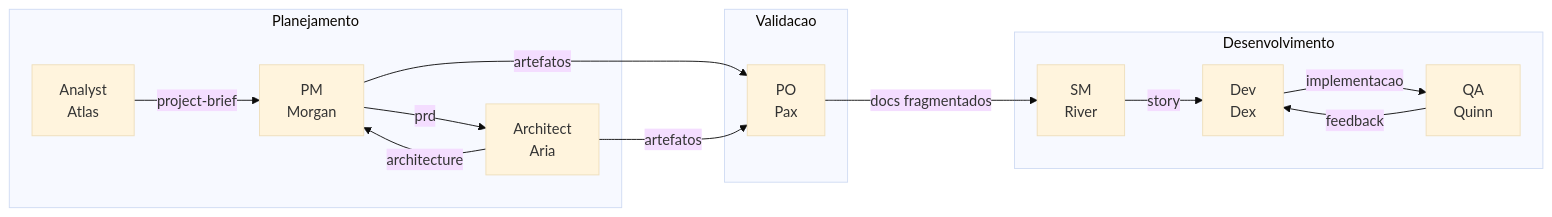
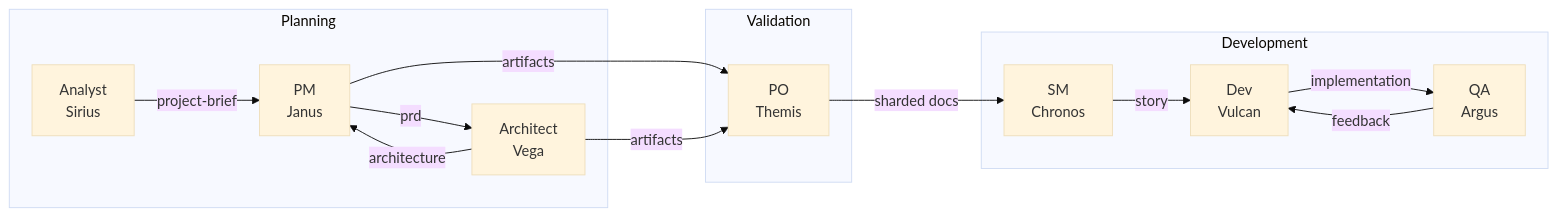
The third of 4 diagrams in docs/aexos-workflows/greenfield-service-workflow.md (CyryxLabs/AEXOS), drawn with Mermaid (base theme) before and after one commit. The commit also changed other lines of this file and 528 other files, not shown here.

````diff
--- a/docs/aexos-workflows/greenfield-service-workflow.md
+++ b/docs/aexos-workflows/greenfield-service-workflow.md
@@ -428,28 +428,28 @@
 ```mermaid
 graph LR
-    subgraph Planejamento
-        AN[Analyst<br/>Atlas]
-        PM[PM<br/>Morgan]
-        AR[Architect<br/>Aria]
+    subgraph Planning
+        AN[Analyst<br/>Sirius]
+        PM[PM<br/>Janus]
+        AR[Architect<br/>Vega]
     end
 
-    subgraph Validacao
-        PO[PO<br/>Pax]
+    subgraph Validation
+        PO[PO<br/>Themis]
     end
 
-    subgraph Desenvolvimento
-        SM[SM<br/>River]
-        DEV[Dev<br/>Dex]
-        QA[QA<br/>Quinn]
+    subgraph Development
+        SM[SM<br/>Chronos]
+        DEV[Dev<br/>Vulcan]
+        QA[QA<br/>Argus]
     end
 
     AN -->|project-brief| PM
     PM -->|prd| AR
     AR -->|architecture| PM
-    PM -->|artefatos| PO
-    AR -->|artefatos| PO
-    PO -->|docs fragmentados| SM
+    PM -->|artifacts| PO
+    AR -->|artifacts| PO
+    PO -->|sharded docs| SM
     SM -->|story| DEV
-    DEV -->|implementacao| QA
+    DEV -->|implementation| QA
     QA -->|feedback| DEV
 ```
````
